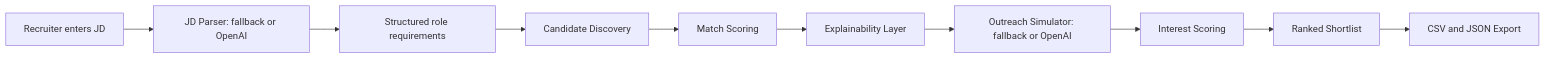
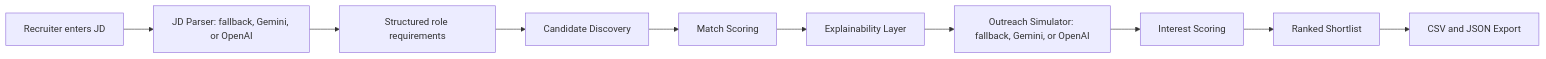
One commit to ArpitSainiX/AI-powered-Talent-Scouting-Engagement-agent changed the diagram in docs/architecture.md. Above: the diagram before and after it, drawn with Mermaid. The commit also changed other lines of this file and 6 other files, not shown here.

````diff
--- a/docs/architecture.md
+++ b/docs/architecture.md
@@ -5,12 +5,12 @@
 ```mermaid
 flowchart LR
-    A["Recruiter enters JD"] --> B["JD Parser: fallback or OpenAI"]
+    A["Recruiter enters JD"] --> B["JD Parser: fallback, Gemini, or OpenAI"]
     B --> C["Structured role requirements"]
     C --> D["Candidate Discovery"]
     D --> E["Match Scoring"]
     E --> F["Explainability Layer"]
-    F --> G["Outreach Simulator: fallback or OpenAI"]
+    F --> G["Outreach Simulator: fallback, Gemini, or OpenAI"]
     G --> H["Interest Scoring"]
     H --> I["Ranked Shortlist"]
     I --> J["CSV and JSON Export"]
 ```
````
